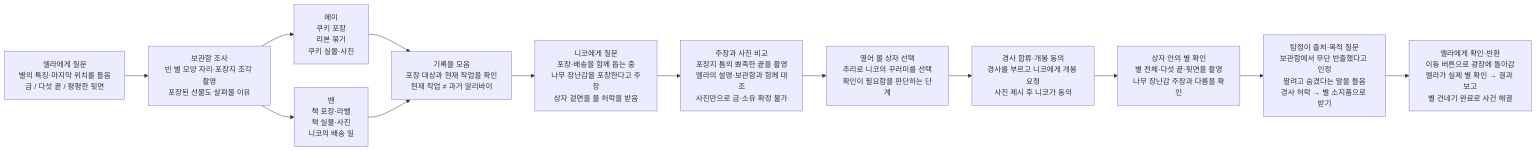
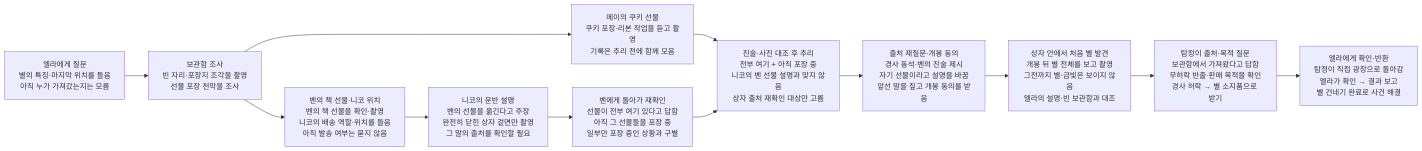
One commit to wonny95/detective-v2 changed the second of 2 diagrams in design/case-10-christmas-star.md. Above: the diagram before and after it, drawn with Mermaid. The commit also changed other lines of this file and 6 other files, not shown here.

````diff
--- a/design/case-10-christmas-star.md
+++ b/design/case-10-christmas-star.md
@@ -51,27 +51,25 @@
 ```mermaid
 flowchart LR
-    s1["엘라에게 질문<br/>별의 특징·마지막 위치를 들음<br/>금 / 다섯 끝 / 평평한 뒷면"]
-    s2["보관함 조사<br/>빈 별 모양 자리·포장지 조각 촬영<br/>포장된 선물도 살펴볼 이유"]
-    s3["메이<br/>쿠키 포장<br/>리본 묶기<br/>쿠키 실물·사진"]
-    s4["벤<br/>책 포장·라벨<br/>책 실물·사진<br/>니코의 배송 일"]
-    s5["기록을 모음<br/>포장 대상과 현재 작업을 확인<br/>현재 작업 ≠ 과거 알리바이"]
-    s6["니코에게 질문<br/>포장·배송을 함께 돕는 중<br/>나무 장난감을 포장한다고 주장<br/>상자 겉면을 볼 허락을 받음"]
-    s7["주장과 사진 비교<br/>포장지 틈의 뾰족한 끝을 촬영<br/>엘라의 설명·보관함과 함께 대조<br/>사진만으로 금·소유 확정 불가"]
-    s8["열어 볼 상자 선택<br/>추리로 니코의 꾸러미를 선택<br/>확인이 필요함을 판단하는 단계"]
-    s9["경사 합류·개봉 동의<br/>경사를 부르고 니코에게 개봉 요청<br/>사진 제시 후 니코가 동의"]
-    s10["상자 안의 별 확인<br/>별 전체·다섯 끝·뒷면을 촬영<br/>나무 장난감 주장과 다름을 확인"]
-    s11["탐정이 출처·목적 질문<br/>보관함에서 무단 반출했다고 인정<br/>팔려고 숨겼다는 말을 들음<br/>경사 허락 → 별 소지품으로 받기"]
-    s12["엘라에게 확인·반환<br/>이동 버튼으로 광장에 돌아감<br/>엘라가 실제 별 확인 → 결과 보고<br/>별 건네기 완료로 사건 해결"]
+    s1["엘라에게 질문<br/>별의 특징·마지막 위치를 들음<br/>아직 누가 가져갔는지는 모름"]
+    s2["보관함 조사<br/>빈 자리·포장지 조각을 촬영<br/>선물 포장 천막을 조사"]
+    s3["메이의 쿠키 선물<br/>쿠키 포장·리본 작업을 듣고 촬영<br/>기록은 추리 전에 함께 모음"]
+    s4["벤의 책 선물·니코 위치<br/>벤의 책 선물을 확인·촬영<br/>니코의 배송 역할·위치를 들음<br/>아직 발송 여부는 묻지 않음"]
+    s6["니코의 운반 설명<br/>벤의 선물을 옮긴다고 주장<br/>완전히 닫힌 상자 겉면만 촬영<br/>그 말의 출처를 확인할 필요"]
+    s7["벤에게 돌아가 재확인<br/>선물이 전부 여기 있다고 답함<br/>아직 그 선물들을 포장 중<br/>일부만 포장 중인 상황과 구별"]
+    s8["진술·사진 대조 후 추리<br/>전부 여기 + 아직 포장 중<br/>니코의 벤 선물 설명과 맞지 않음<br/>상자 출처 재확인 대상만 고름"]
+    s9["출처 재질문·개봉 동의<br/>경사 동석·벤의 진술 제시<br/>자기 선물이라고 설명을 바꿈<br/>앞선 말을 짚고 개봉 동의를 받음"]
+    s10["상자 안에서 처음 별 발견<br/>개봉 뒤 별 전체를 보고 촬영<br/>그전까지 별·금빛은 보이지 않음<br/>엘라의 설명·빈 보관함과 대조"]
+    s11["탐정이 출처·목적 질문<br/>보관함에서 가져왔다고 답함<br/>무허락 반출·판매 목적을 확인<br/>경사 허락 → 별 소지품으로 받기"]
+    s12["엘라에게 확인·반환<br/>탐정이 직접 광장으로 돌아감<br/>엘라가 확인 → 결과 보고<br/>별 건네기 완료로 사건 해결"]
     s1 --> s2
     s2 --> s3
     s2 --> s4
-    s3 --> s5
-    s4 --> s5
-    s5 --> s6
+    s4 --> s6
+    s3 --> s8
     s6 --> s7
     s7 --> s8
     s8 --> s9
     s9 --> s10
     s10 --> s11
     s11 --> s12
 ```
````
